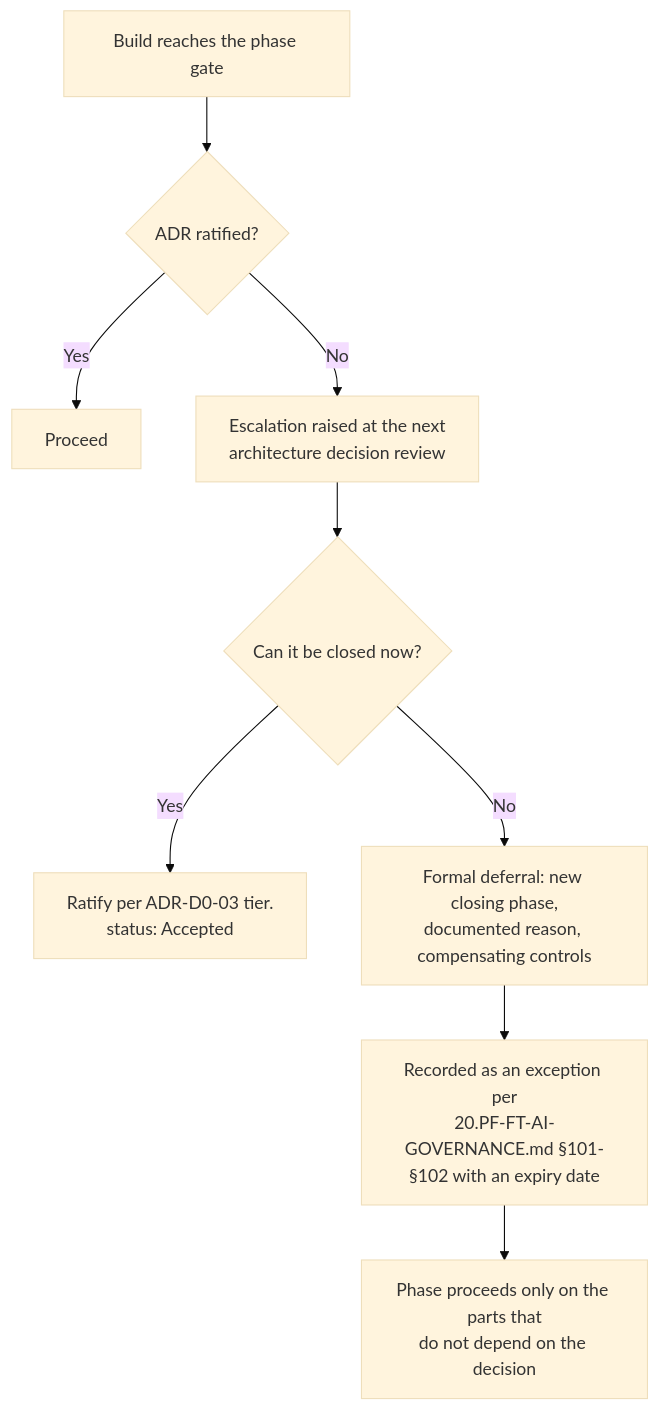
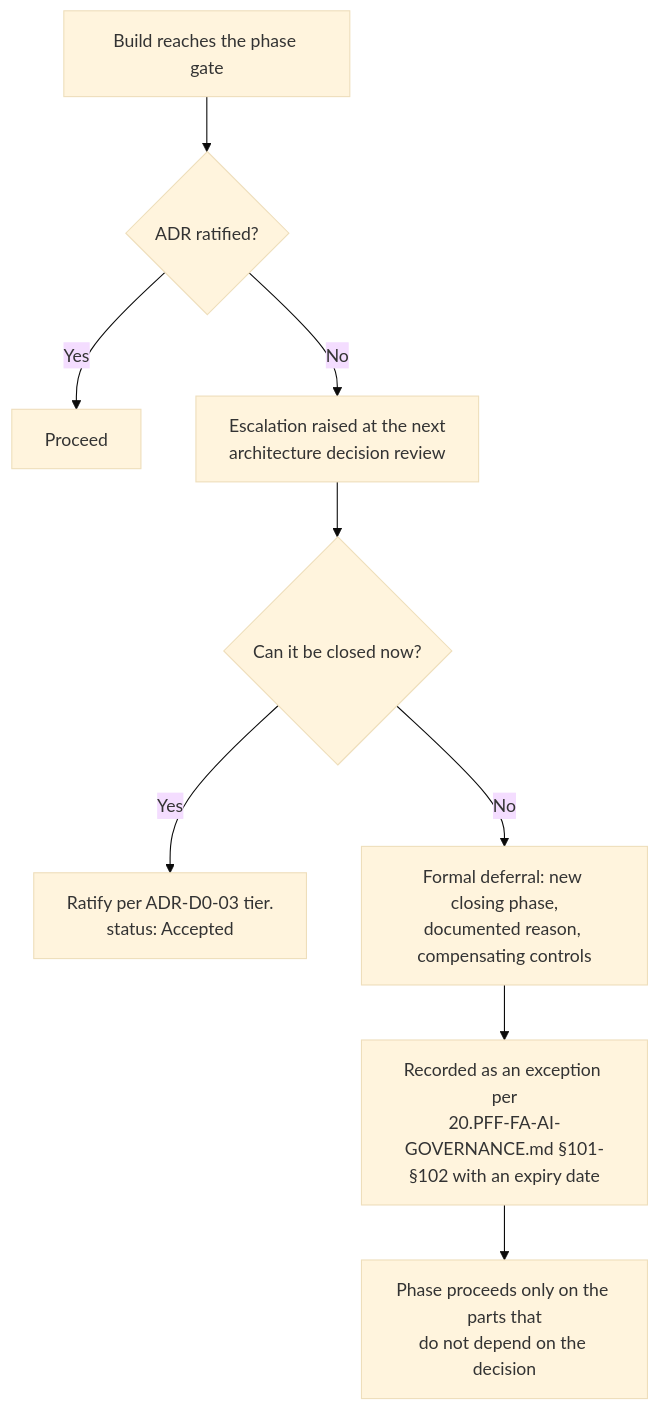
Before and after one commit to gobimca87/PF-FT: the diagram in docs/architecture/adr/00-decision-programme/ADR-D0-04-open-decision-register-and-escalation.md, drawn with Mermaid (base theme). The commit also changed other lines of this file and 880 other files, not shown here.

````diff
--- a/docs/architecture/adr/00-decision-programme/ADR-D0-04-open-decision-register-and-escalation.md
+++ b/docs/architecture/adr/00-decision-programme/ADR-D0-04-open-decision-register-and-escalation.md
@@ -279,11 +279,11 @@
 ```mermaid
 flowchart TD
     A[Build reaches the phase gate] --> B{ADR ratified?}
     B -- Yes --> C[Proceed]
     B -- No --> D[Escalation raised at the next<br/>architecture decision review]
     D --> E{Can it be closed now?}
     E -- Yes --> F[Ratify per ADR-D0-03 tier.<br/>status: Accepted]
     E -- No --> G[Formal deferral: new closing phase,<br/>documented reason, compensating controls]
-    G --> H[Recorded as an exception per<br/>20.PF-FT-AI-GOVERNANCE.md §101-§102 with an expiry date]
+    G --> H[Recorded as an exception per<br/>20.PFF-FA-AI-GOVERNANCE.md §101-§102 with an expiry date]
     H --> I[Phase proceeds only on the parts that<br/>do not depend on the decision]
 ```
````
